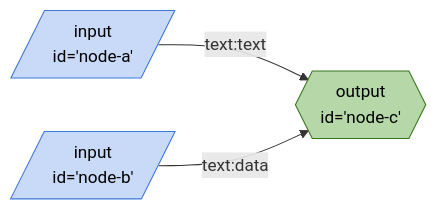
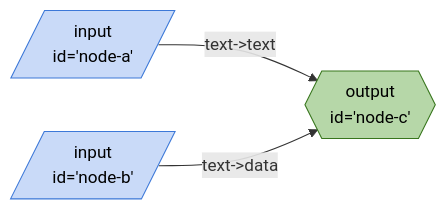
Before and after one commit to breadboard-ai/breadboard: diagram 11 of 11 in seeds/graph-runner/docs/graphs/tests-data.md, drawn with Mermaid. The commit also changed other lines of this file and 12 other files, not shown here.

Commit message:
[graph-runner] Add a simple loop test.

````diff
--- a/seeds/graph-runner/docs/graphs/tests-data.md
+++ b/seeds/graph-runner/docs/graphs/tests-data.md
@@ -168,18 +174,14 @@
 ```mermaid
 %%{init: 'themeVariables': { 'fontFamily': 'Fira Code, monospace' }}%%
 graph LR;
-nodea[/"input
-id='node-a'"/]:::input -- text:text --> nodec{{"output
-id='node-c'"}}:::output
-nodeb[/"input
-id='node-b'"/]:::input -- text:data --> nodec{{"output
-id='node-c'"}}:::output
+nodea[/"input <br> id='node-a'"/]:::input -- "text->text" --> nodec{{"output <br> id='node-c'"}}:::output
+nodeb[/"input <br> id='node-b'"/]:::input -- "text->data" --> nodec{{"output <br> id='node-c'"}}:::output
 classDef default stroke:#ffab40,fill:#fff2ccff,color:#000
 classDef input stroke:#3c78d8,fill:#c9daf8ff,color:#000
 classDef output stroke:#38761d,fill:#b6d7a8ff,color:#000
 classDef passthrough stroke:#a64d79,fill:#ead1dcff,color:#000
 classDef slot stroke:#a64d79,fill:#ead1dcff,color:#000
 classDef config stroke:#a64d79,fill:#ead1dcff,color:#000
 classDef secrets stroke:#db4437,fill:#f4cccc,color:#000
 classDef slotted stroke:#a64d79
 ```
````
